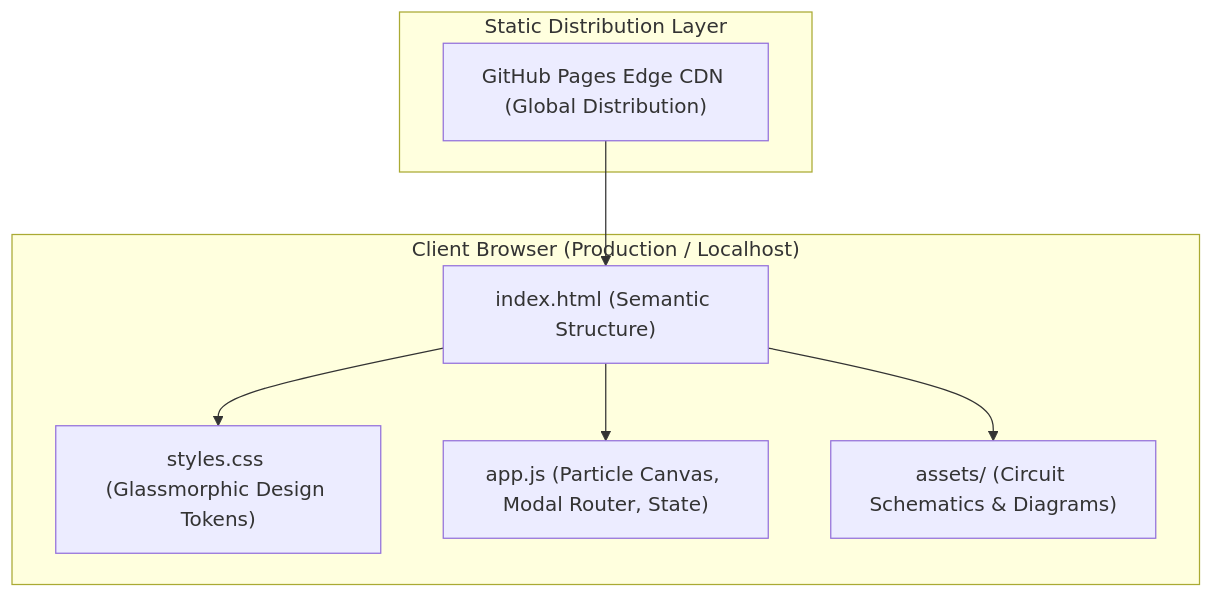
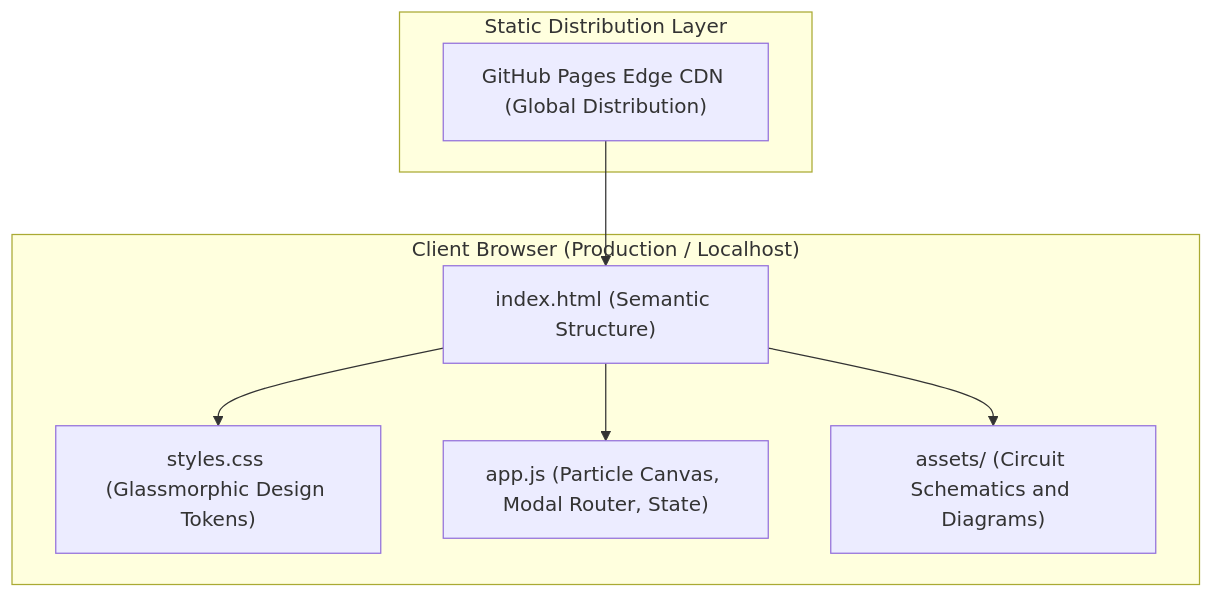
Before and after one commit to Hitesh070/Hitesh070.github.io: the first of 2 diagrams in README.md, drawn with Mermaid. The commit also changed other lines of this file, not shown here.

Commit message:
docs(readme): update structure post admin dashboard removal and sanitize mermaid syntax

````diff
--- a/README.md
+++ b/README.md
@@ -92,18 +92,18 @@
 ```mermaid
 flowchart TD
     subgraph Client ["Client Browser (Production / Localhost)"]
         HTML["index.html (Semantic Structure)"]
         CSS["styles.css (Glassmorphic Design Tokens)"]
         AppJS["app.js (Particle Canvas, Modal Router, State)"]
-        Assets["assets/ (Circuit Schematics & Diagrams)"]
+        Assets["assets/ (Circuit Schematics and Diagrams)"]
     end
 
     subgraph CDN ["Static Distribution Layer"]
         GHPages["GitHub Pages Edge CDN (Global Distribution)"]
     end
 
     GHPages --> HTML
     HTML --> CSS
     HTML --> AppJS
     HTML --> Assets
 ```
````
